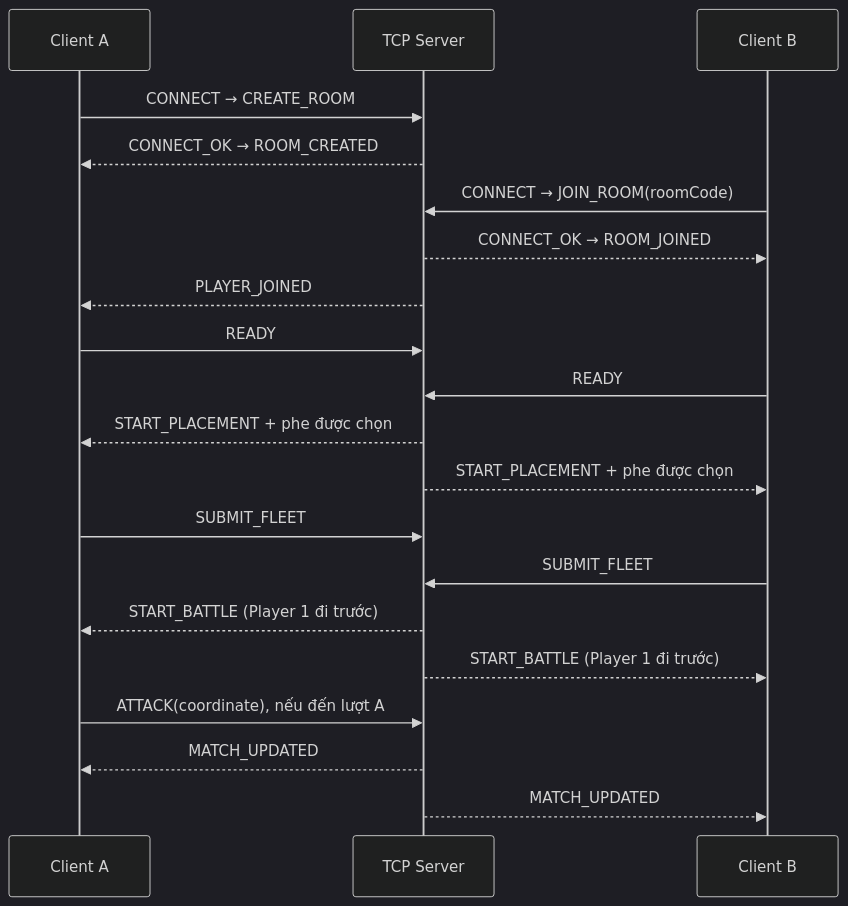
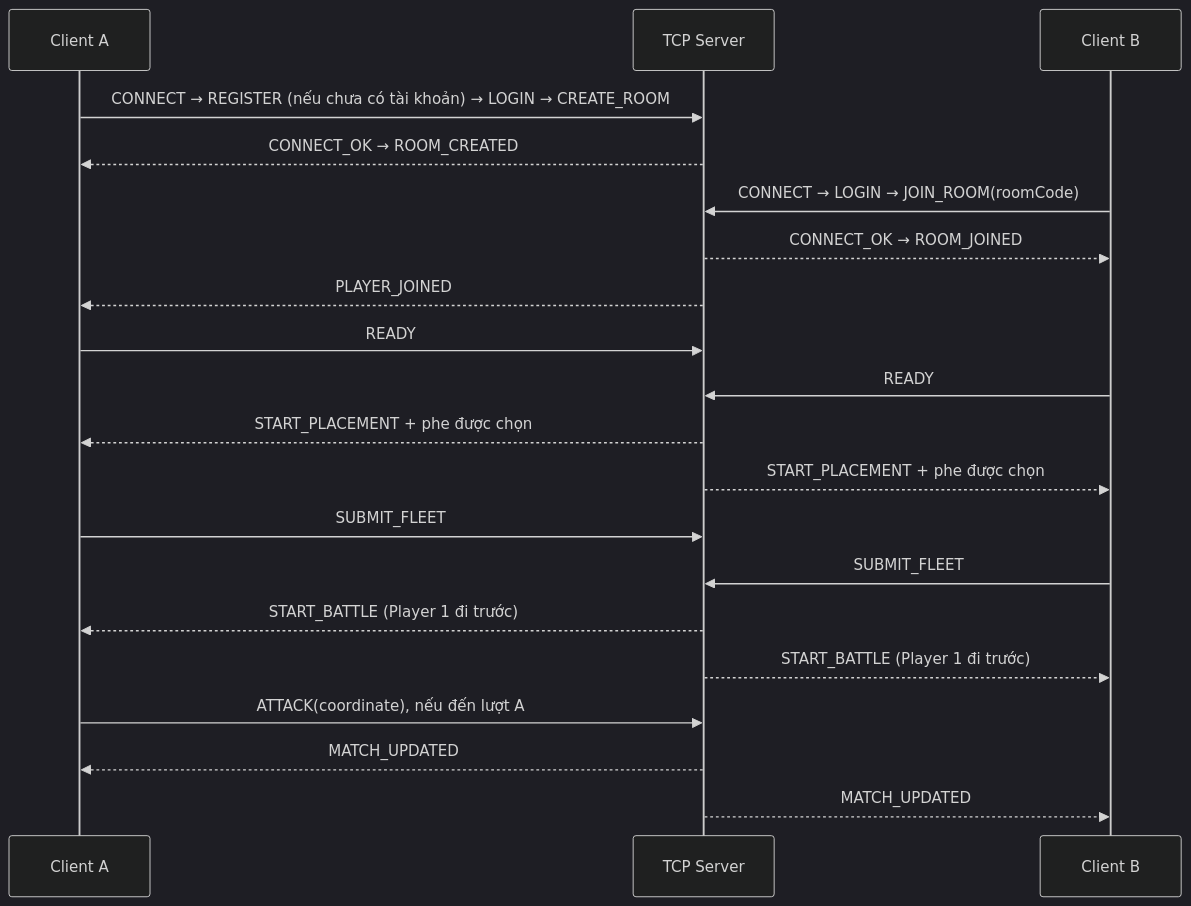
Before and after one commit to duongthang2710/battleship_LTM: the diagram in README.md, drawn with Mermaid (dark theme). The commit also changed other lines of this file and 5 other files, not shown here.

````diff
--- a/README.md
+++ b/README.md
@@ -71,22 +74,22 @@
 ```mermaid
 sequenceDiagram
     participant A as Client A
     participant S as TCP Server
     participant B as Client B
-    A->>S: CONNECT → CREATE_ROOM
+    A->>S: CONNECT → REGISTER (nếu chưa có tài khoản) → LOGIN → CREATE_ROOM
     S-->>A: CONNECT_OK → ROOM_CREATED
-    B->>S: CONNECT → JOIN_ROOM(roomCode)
+    B->>S: CONNECT → LOGIN → JOIN_ROOM(roomCode)
     S-->>B: CONNECT_OK → ROOM_JOINED
     S-->>A: PLAYER_JOINED
     A->>S: READY
     B->>S: READY
     S-->>A: START_PLACEMENT + phe được chọn
     S-->>B: START_PLACEMENT + phe được chọn
     A->>S: SUBMIT_FLEET
     B->>S: SUBMIT_FLEET
     S-->>A: START_BATTLE (Player 1 đi trước)
     S-->>B: START_BATTLE (Player 1 đi trước)
     A->>S: ATTACK(coordinate), nếu đến lượt A
     S-->>A: MATCH_UPDATED
     S-->>B: MATCH_UPDATED
 ```
````
